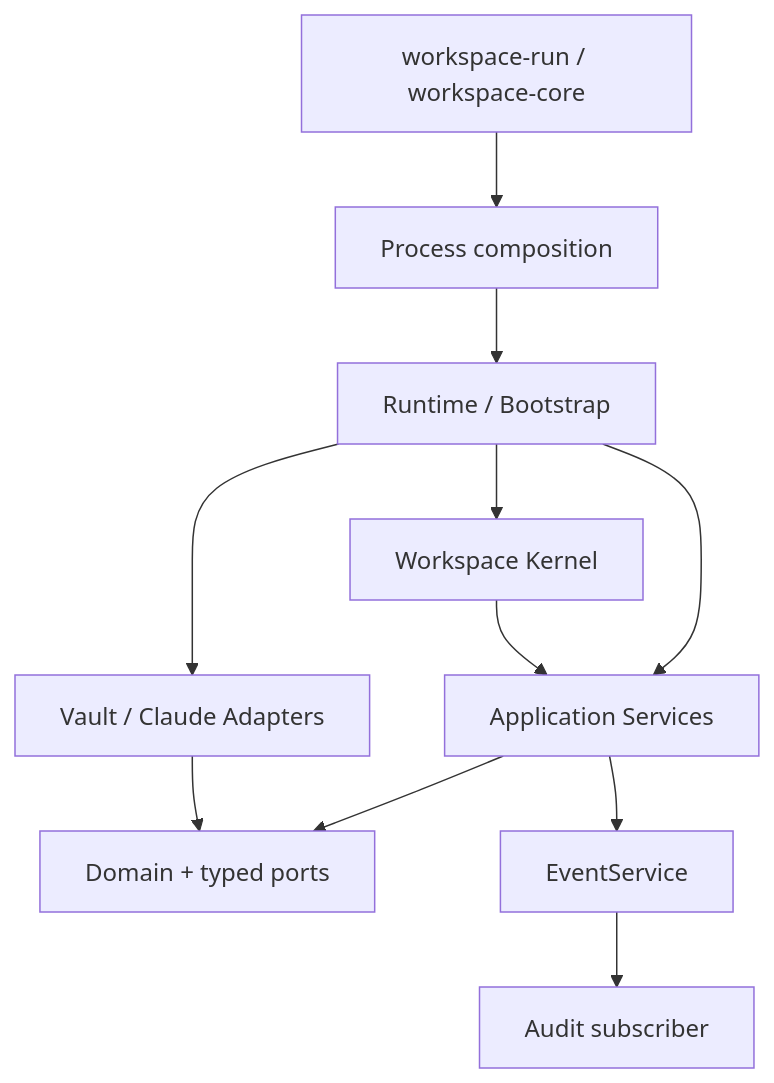
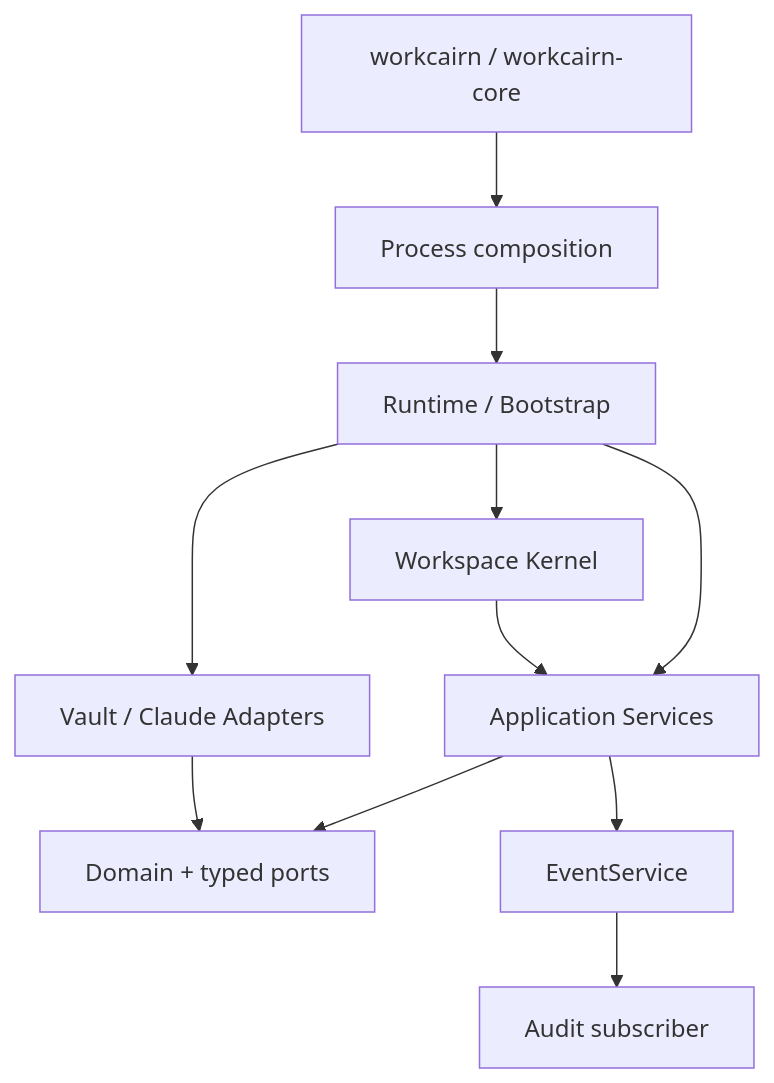
One commit to AkiraShimizu0/WorkCairn changed the second of 2 diagrams in docs/SystemOverview.md. Above: the diagram before and after it, drawn with Mermaid. The commit also changed other lines of this file and 213 other files, not shown here.

````diff
--- a/docs/SystemOverview.md
+++ b/docs/SystemOverview.md
@@ -84,13 +91,13 @@
 ```mermaid
 flowchart TB
-    CLI["workspace-run / workspace-core"] --> Process["Process composition"]
+    CLI["workcairn / workcairn-core"] --> Process["Process composition"]
     Process --> Runtime["Runtime / Bootstrap"]
     Runtime --> Kernel["Workspace Kernel"]
     Runtime --> Services["Application Services"]
     Kernel --> Services
     Services --> Domains["Domain + typed ports"]
     Runtime --> Adapters["Vault / Claude Adapters"]
     Adapters --> Domains
     Services --> Events["EventService"]
     Events --> Audit["Audit subscriber"]
 ```
````
